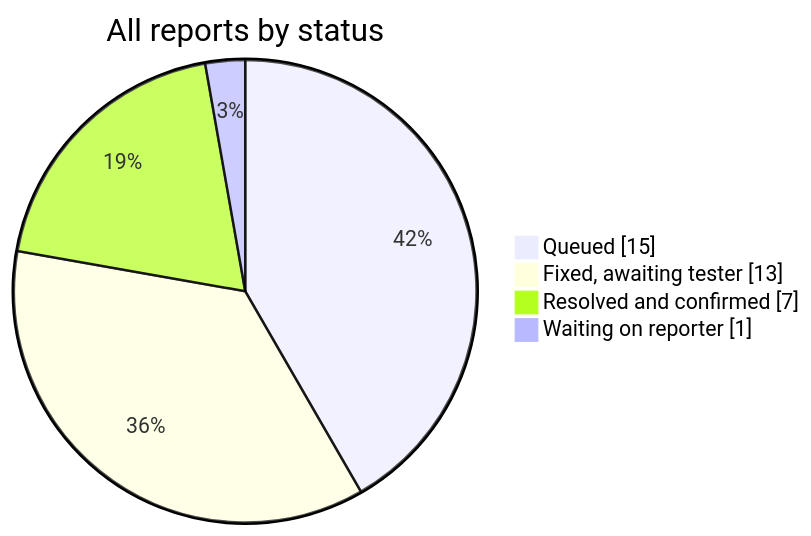
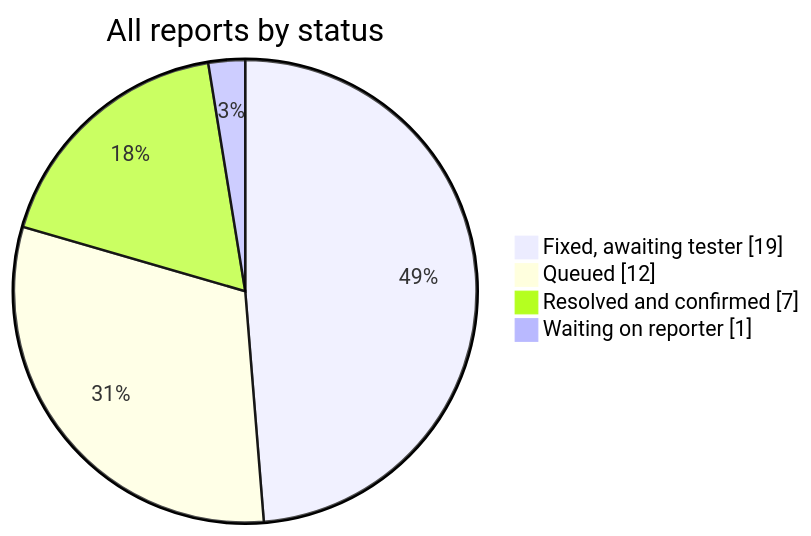
One commit to silkyclouds/pmda-tracker changed the first of 3 diagrams in README.md. Above: the diagram before and after it, drawn with Mermaid. The commit also changed other lines of this file, not shown here.

````diff
--- a/README.md
+++ b/README.md
@@ -15,7 +15,7 @@
 ```mermaid
 pie showData title All reports by status
-    "Queued" : 15
-    "Fixed, awaiting tester" : 13
+    "Fixed, awaiting tester" : 19
+    "Queued" : 12
     "Resolved and confirmed" : 7
     "Waiting on reporter" : 1
 ```
````
